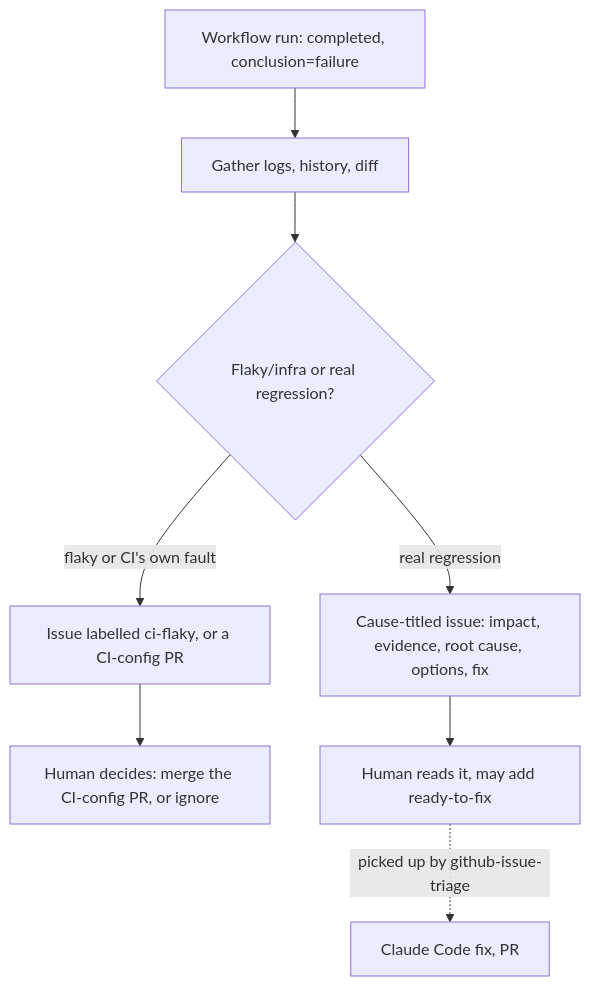
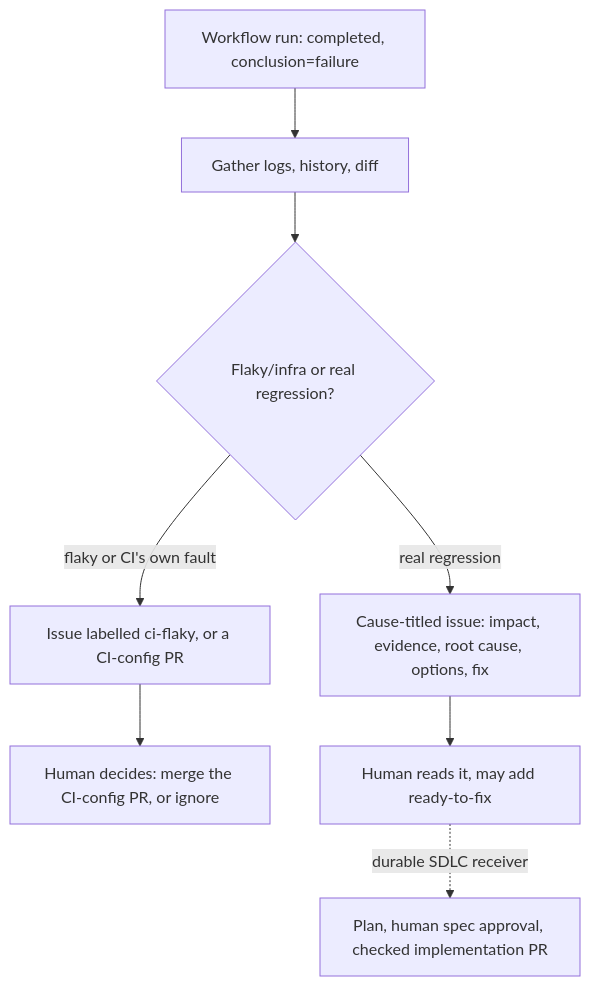
Before and after one commit to mushhzz/hermes-recipes: the diagram in recipes/ci-failure-triage/README.md, drawn with Mermaid. The commit also changed other lines of this file and 44 other files, not shown here.

````diff
--- a/recipes/ci-failure-triage/README.md
+++ b/recipes/ci-failure-triage/README.md
@@ -11,10 +11,10 @@
 ```mermaid
 flowchart TD
     A[Workflow run: completed, conclusion=failure] --> B[Gather logs, history, diff]
     B --> C{Flaky/infra or real regression?}
     C -->|flaky or CI's own fault| D[Issue labelled ci-flaky, or a CI-config PR]
     C -->|real regression| E[Cause-titled issue: impact, evidence, root cause, options, fix]
     D --> F[Human decides: merge the CI-config PR, or ignore]
     E --> G[Human reads it, may add ready-to-fix]
-    G -.->|picked up by github-issue-triage| H[Claude Code fix, PR]
+    G -.->|durable SDLC receiver| H[Plan, human spec approval, checked implementation PR]
 ```
````
